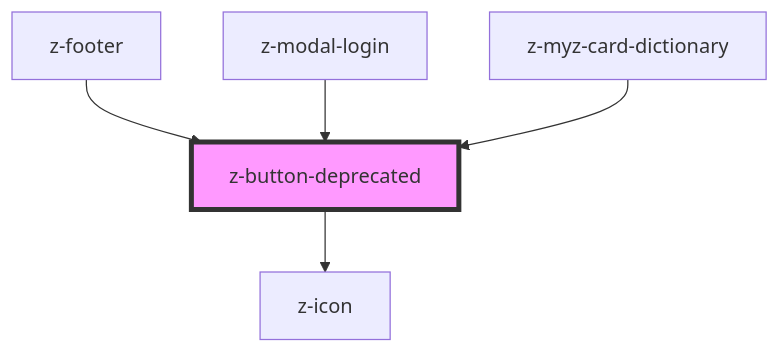
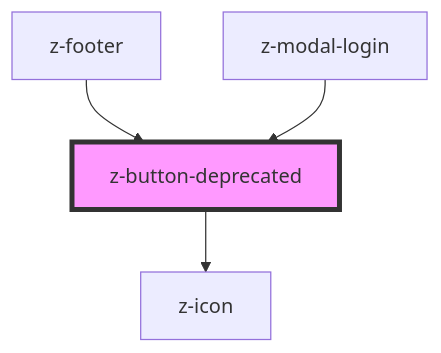
One commit to ZanichelliEditore/design-system changed the diagram in src/deprecated/z-button-deprecated/readme.md. Above: the diagram before and after it, drawn with Mermaid. The commit also changed other lines of this file and 9 other files, not shown here.

Commit message:
chore: replace z-button on myz-card dictionary and info

````diff
--- a/src/deprecated/z-button-deprecated/readme.md
+++ b/src/deprecated/z-button-deprecated/readme.md
@@ -66,8 +65,7 @@
 ```mermaid
 graph TD;
   z-button-deprecated --> z-icon
   z-footer --> z-button-deprecated
   z-modal-login --> z-button-deprecated
-  z-myz-card-dictionary --> z-button-deprecated
   style z-button-deprecated fill:#f9f,stroke:#333,stroke-width:4px
 ```
````
